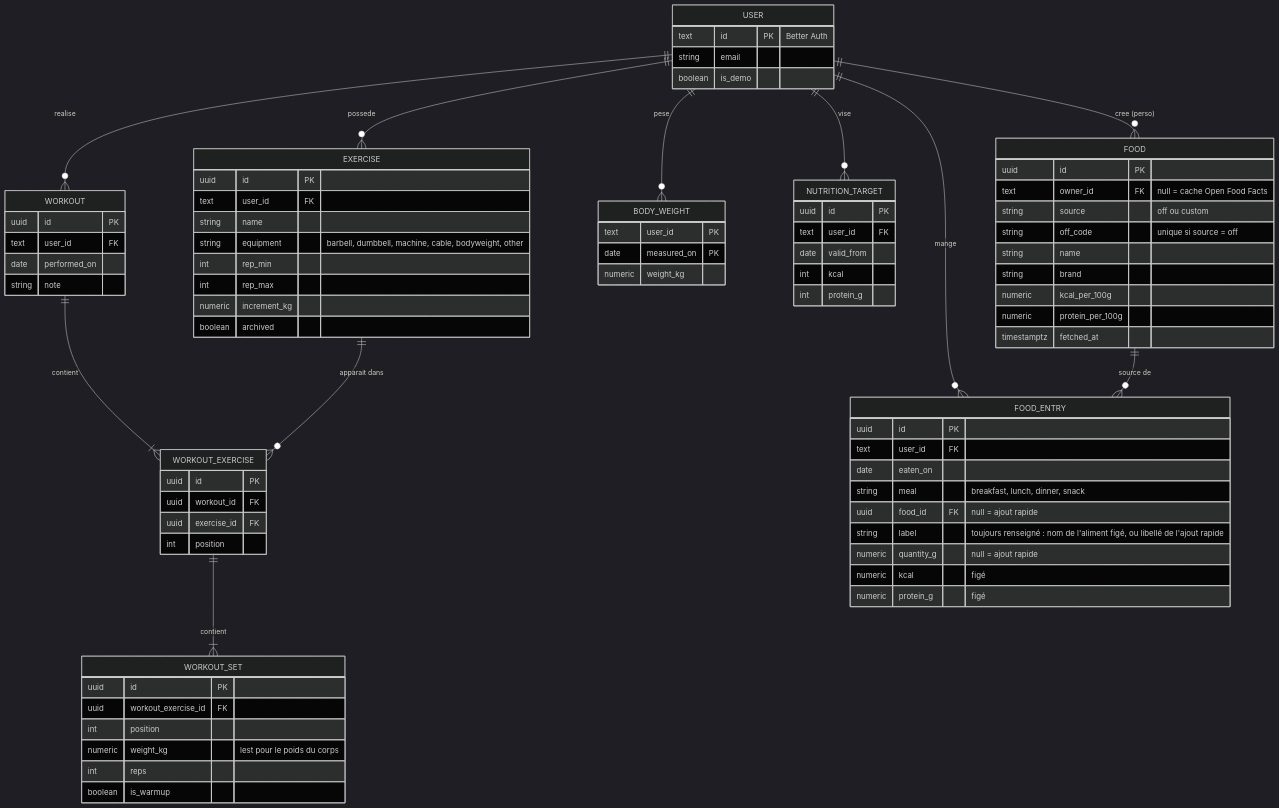
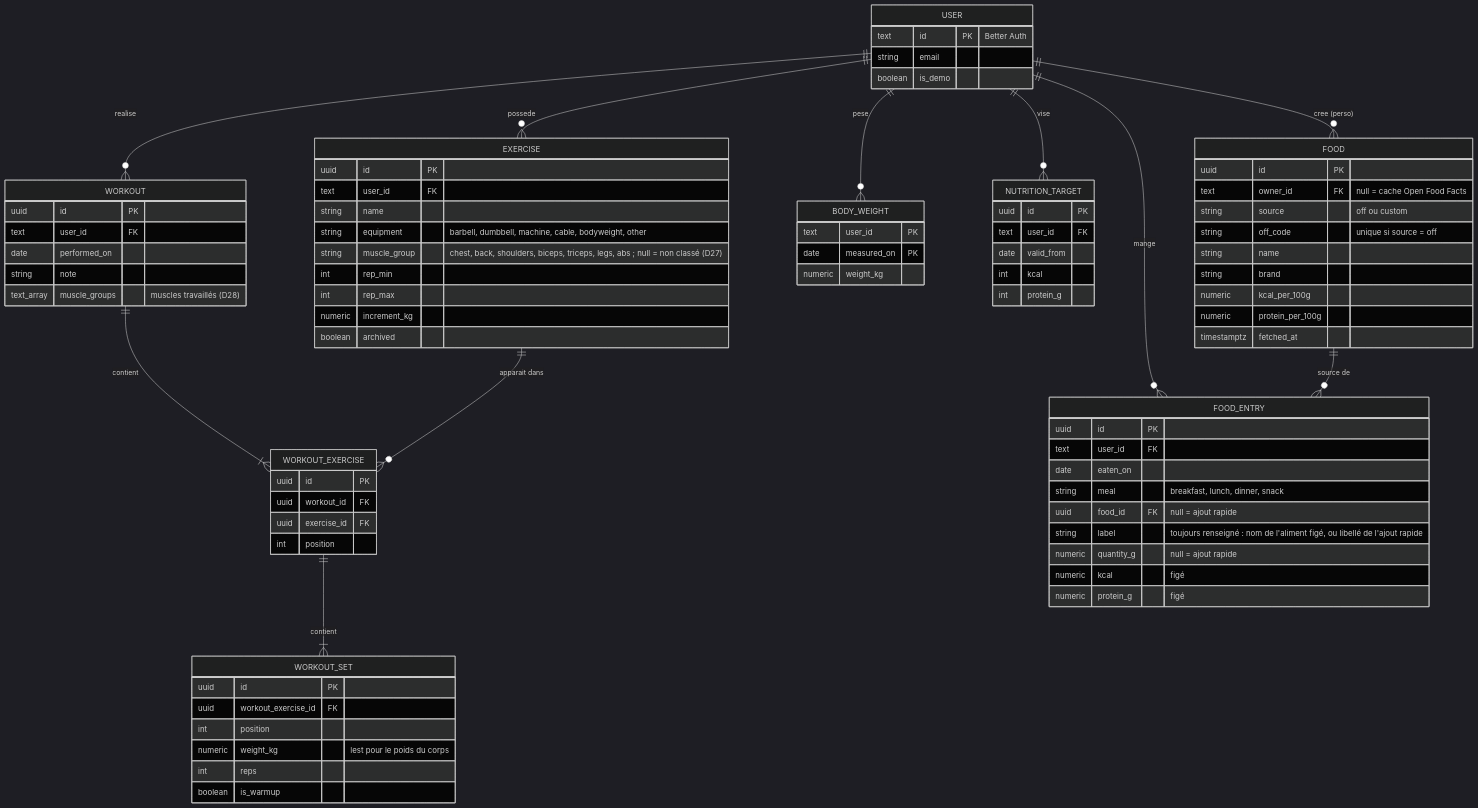
The sixth of 6 diagrams in docs/architecture.md (zakou24/maroutine), drawn with Mermaid (dark theme) before and after one commit. The commit also changed other lines of this file and 76 other files, not shown here.

```diff
--- a/docs/architecture.md
+++ b/docs/architecture.md
@@ -231,6 +231,7 @@
         text user_id FK
         string name
         string equipment "barbell, dumbbell, machine, cable, bodyweight, other"
+        string muscle_group "chest, back, shoulders, biceps, triceps, legs, abs ; null = non classé (D27)"
         int rep_min
         int rep_max
         numeric increment_kg
@@ -241,6 +242,7 @@
         text user_id FK
         date performed_on
         string note
+        text_array muscle_groups "muscles travaillés (D28)"
     }
     WORKOUT_EXERCISE {
         uuid id PK
```
